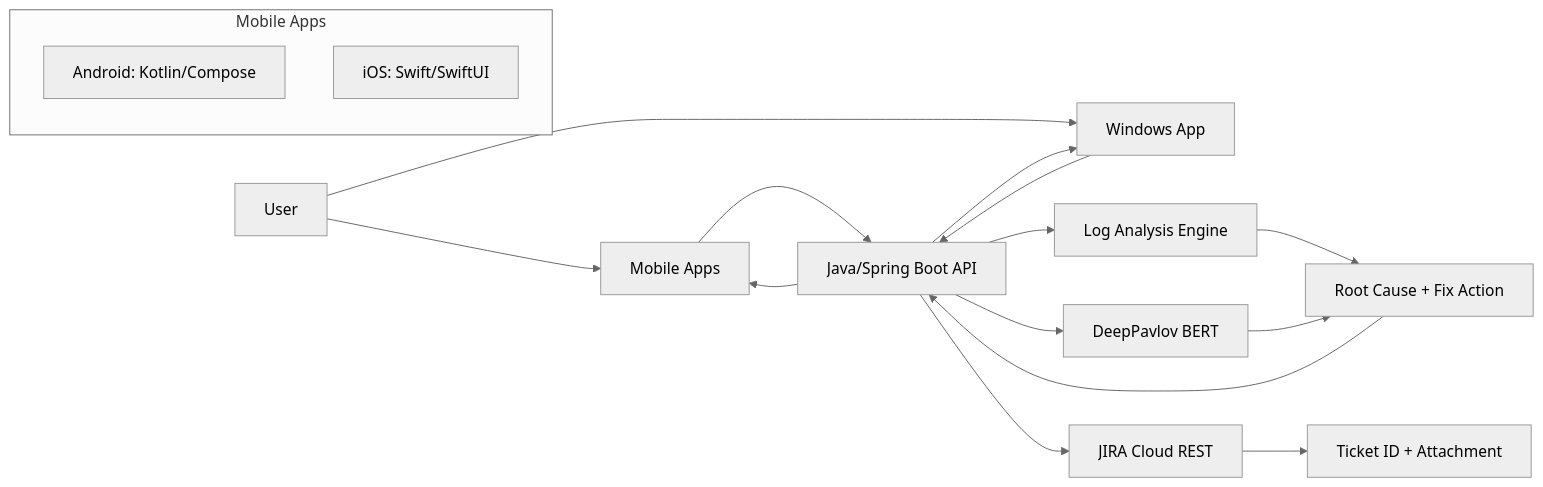
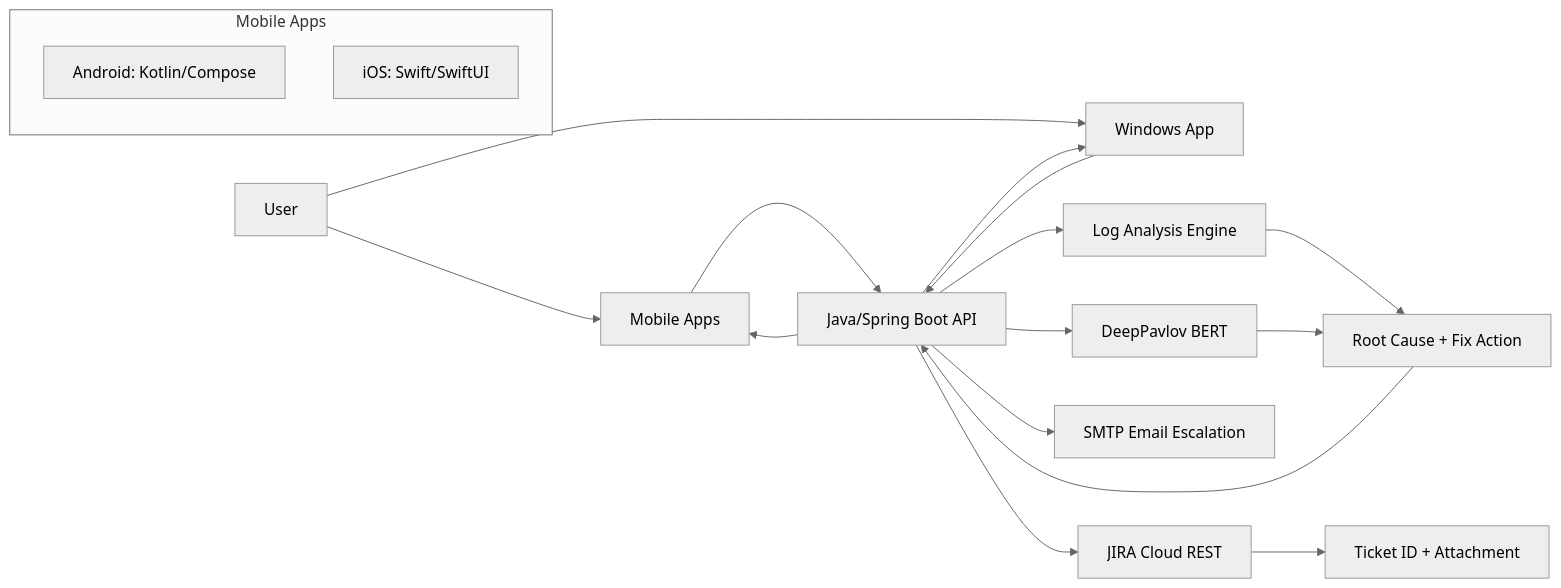
Before and after one commit to winitramesh2/AegisAgent: the first of 3 diagrams in docs/DIAGRAMS.md, drawn with Mermaid (neutral theme). The commit also changed other lines of this file and 4 other files, not shown here.

Commit message:
Refine docs and add SMTP escalation

````diff
--- a/docs/DIAGRAMS.md
+++ b/docs/DIAGRAMS.md
@@ -4,24 +4,25 @@
 ```mermaid
 flowchart LR
   User[User] --> Mobile[Mobile Apps]
   User --> Windows[Windows App]
 
   subgraph Mobile Apps
     Android[Android: Kotlin/Compose]
     iOS[iOS: Swift/SwiftUI]
   end
 
   Mobile --> API[Java/Spring Boot API]
   Windows --> API
 
   API --> AI[DeepPavlov BERT]
   API --> Logs[Log Analysis Engine]
+  API --> Email[SMTP Email Escalation]
   API --> JIRA[JIRA Cloud REST]
 
   Logs --> Result[Root Cause + Fix Action]
   AI --> Result
   Result --> API
   JIRA --> Ticket[Ticket ID + Attachment]
   API --> Mobile
   API --> Windows
 ```
````
